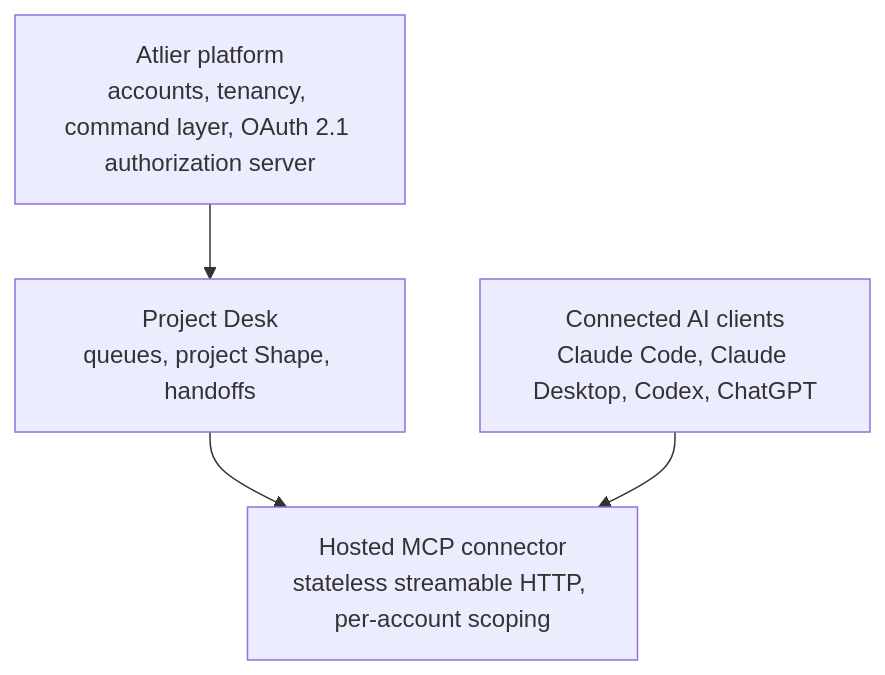
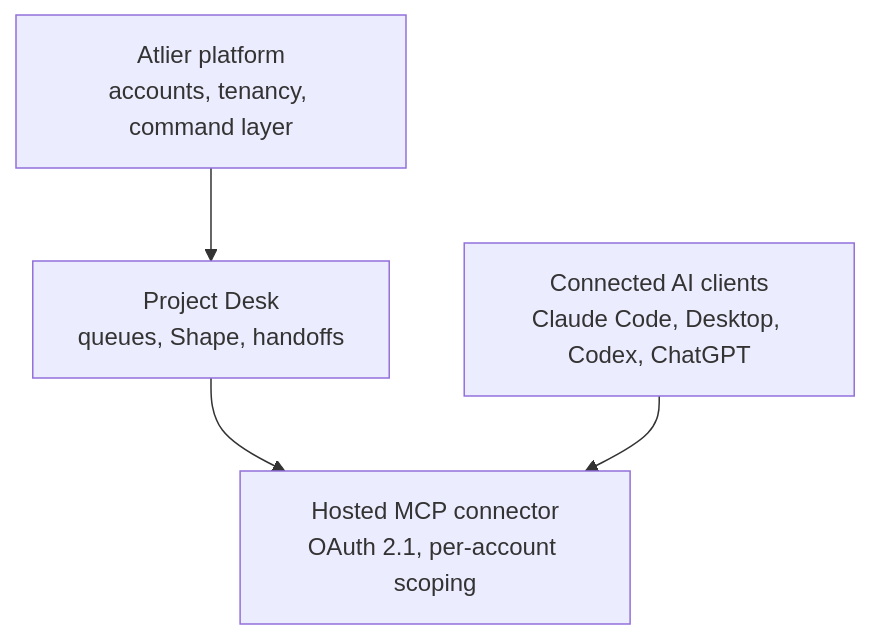
One commit to Wildsdesign/ProjectDesk-Proof changed the diagram in README.md. Above: the diagram before and after it, drawn with Mermaid. The commit also changed 2 other files, not shown here.

Commit message:
fix: use <br/> line breaks in mermaid diagrams to stop label clipping

````diff
--- a/README.md
+++ b/README.md
@@ -48,11 +48,11 @@
 ```mermaid
 flowchart TB
-    Core["Atlier platform\naccounts, tenancy, command layer, OAuth 2.1 authorization server"]
-    Desk["Project Desk\nqueues, project Shape, handoffs"]
-    MCP["Hosted MCP connector\nstateless streamable HTTP, per-account scoping"]
-    Clients["Connected AI clients\nClaude Code, Claude Desktop, Codex, ChatGPT"]
+    Core["Atlier platform<br/>accounts, tenancy, command layer"]
+    Desk["Project Desk<br/>queues, Shape, handoffs"]
+    MCP["Hosted MCP connector<br/>OAuth 2.1, per-account scoping"]
+    Clients["Connected AI clients<br/>Claude Code, Desktop, Codex, ChatGPT"]
 
     Core --> Desk
     Desk --> MCP
     Clients --> MCP
 ```
````
